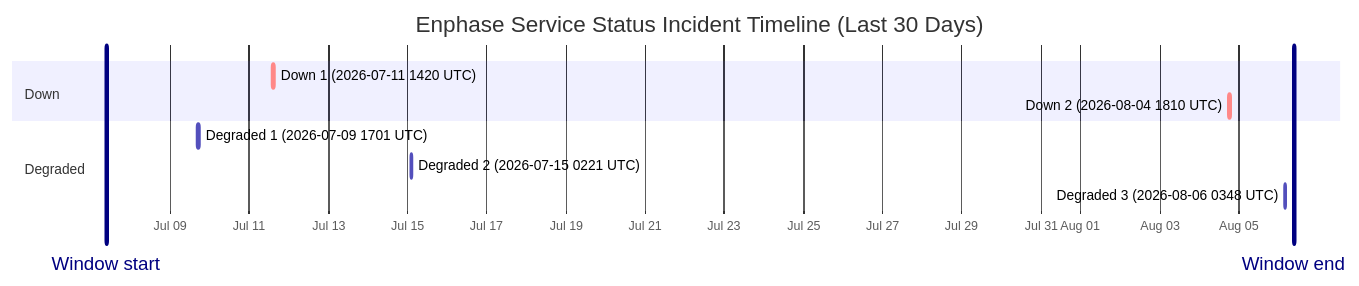
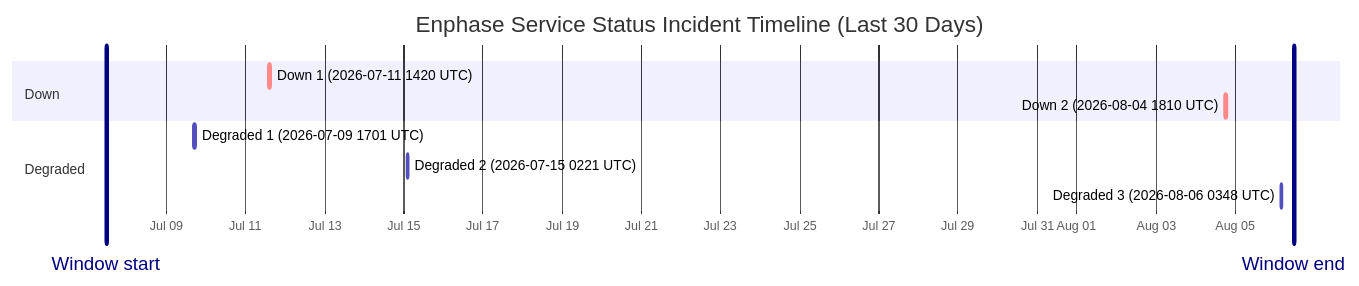
One commit to barneyonline/ha-enphase-energy changed the diagram in wiki/Service-Status-History.md. Above: the diagram before and after it, drawn with Mermaid. The commit also changed other lines of this file and 3 other files, not shown here.

````diff
--- a/wiki/Service-Status-History.md
+++ b/wiki/Service-Status-History.md
@@ -14,15 +14,15 @@
 ```mermaid
 gantt
     title Enphase Service Status Incident Timeline (Last 30 Days)
     dateFormat  YYYY-MM-DDTHH:mm:ss
     axisFormat  %b %d
-    Window start :vert, window-start, 2026-07-07T09:23:33, 0ms
-    Window end :vert, window-end, 2026-08-06T09:23:33, 0ms
+    Window start :vert, window-start, 2026-07-07T11:39:23, 0ms
+    Window end :vert, window-end, 2026-08-06T11:39:23, 0ms
     section Down
     Down 1 (2026-07-11 1420 UTC) :crit, down-1, 2026-07-11T14:20:54, 69m
     Down 2 (2026-08-04 1810 UTC) :crit, down-2, 2026-08-04T18:10:46, 60m
     section Degraded
     Degraded 1 (2026-07-09 1701 UTC) :active, degraded-1, 2026-07-09T17:01:02, 60m
     Degraded 2 (2026-07-15 0221 UTC) :active, degraded-2, 2026-07-15T02:21:35, 60m
     Degraded 3 (2026-08-06 0348 UTC) :active, degraded-3, 2026-08-06T03:48:14, 60m
 ```
````
